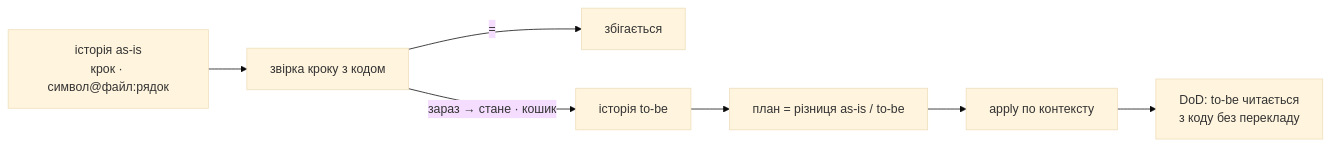
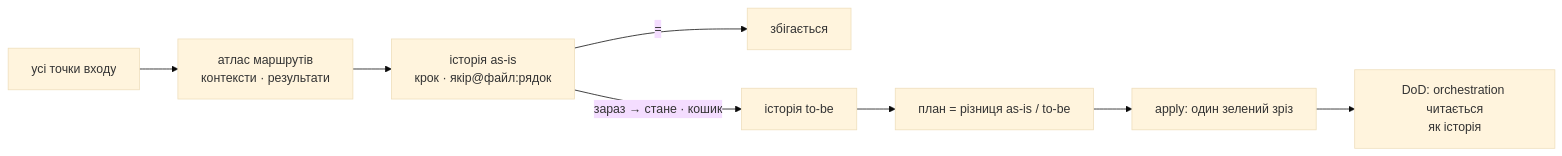
Before and after one commit to romxnb/restrukt: the diagram in skills/restrukt/SKILL.md, drawn with Mermaid (base theme). The commit also changed other lines of this file and 18 other files, not shown here.

Commit message:
restrukt 0.7.0: атлас маршрутів як обов'язковий результат, семантична трасованість як DoD, orchestration home, зелений зріз до 5 рядків

````diff
--- a/skills/restrukt/SKILL.md
+++ b/skills/restrukt/SKILL.md
@@ -10,9 +10,10 @@
 ```mermaid
 flowchart LR
-  A["історія as-is<br/>крок · символ@файл:рядок"] --> Z["звірка кроку з кодом"]
+  E["усі точки входу"] --> A["атлас маршрутів<br/>контексти · результати"]
+  A --> Z["історія as-is<br/>крок · якір@файл:рядок"]
   Z -->|=| K[збігається]
   Z -->|"зараз → стане · кошик"| T["історія to-be"]
   T --> P["план = різниця as-is / to-be"]
-  P --> X["apply по контексту"]
-  X --> DoD["DoD: to-be читається<br/>з коду без перекладу"]
+  P --> X["apply: один зелений зріз"]
+  X --> DoD["DoD: orchestration читається<br/>як історія"]
 ```
````
